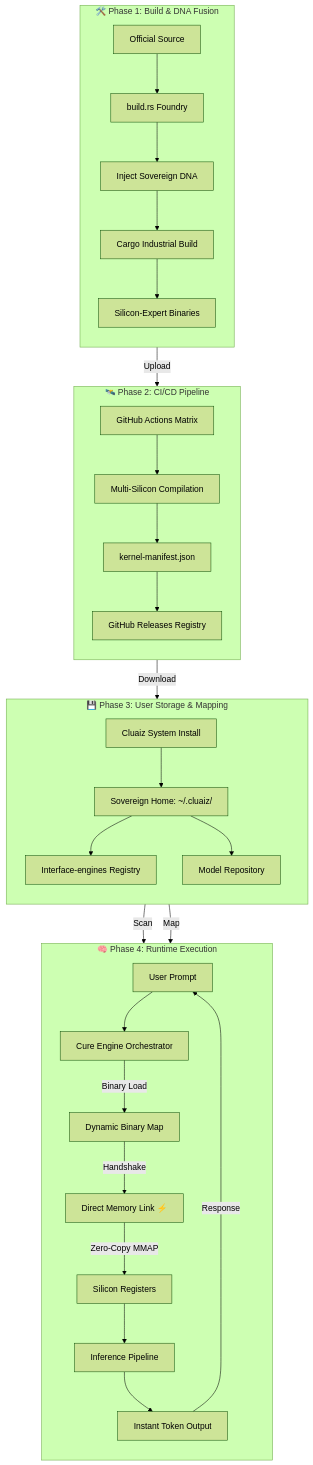
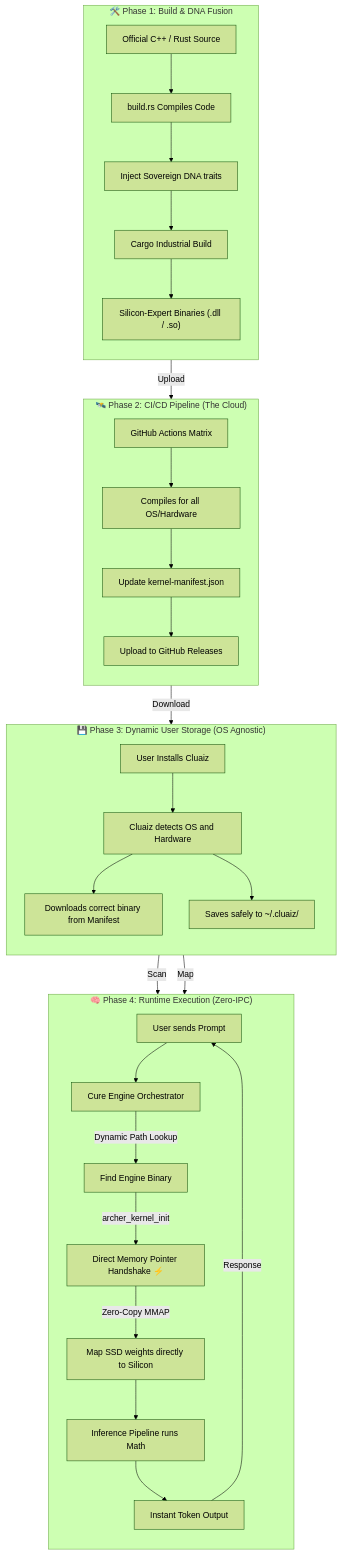
The diagram in interface-engines/README.md (ayan-kushwaha/Cluaiz-), drawn with Mermaid (forest theme) before and after one commit. The commit also changed other lines of this file and 228 other files, not shown here.

First line of the commit message:
feat: Sovereign Silicon Kernel & Archer V6 Engine Genome Hardening

````diff
--- a/interface-engines/README.md
+++ b/interface-engines/README.md
@@ -81,54 +159,54 @@
 ```mermaid
 flowchart TD
 
 %% ========================
 %% PHASE 1: THE FOUNDRY (Build)
 %% ========================
 subgraph Foundry ["🛠️ Phase 1: Build & DNA Fusion"]
     direction TB
-    B1[Official Source] --> B2[build.rs Foundry]
-    B2 --> B3[Inject Sovereign DNA]
-    B3 --> B4[Cargo Industrial Build]
-    B4 --> B5[Silicon-Expert Binaries]
+    B1["Official C++ / Rust Source"] --> B2["build.rs Compiles Code"]
+    B2 --> B3["Inject Sovereign DNA traits"]
+    B3 --> B4["Cargo Industrial Build"]
+    B4 --> B5["Silicon-Expert Binaries (.dll / .so)"]
 end
 
 %% ========================
 %% PHASE 2: THE CONDUIT (CI/CD)
 %% ========================
-subgraph CICD ["🛰️ Phase 2: CI/CD Pipeline"]
+subgraph CICD ["🛰️ Phase 2: CI/CD Pipeline (The Cloud)"]
     direction TB
-    C1[GitHub Actions Matrix] --> C2[Multi-Silicon Compilation]
-    C2 --> C3[kernel-manifest.json]
-    C3 --> C4[GitHub Releases Registry]
+    C1["GitHub Actions Matrix"] --> C2["Compiles for all OS/Hardware"]
+    C2 --> C3["Update kernel-manifest.json"]
+    C3 --> C4["Upload to GitHub Releases"]
 end
 
 %% ========================
 %% PHASE 3: THE VAULT (User Install)
 %% ========================
-subgraph Vault ["💾 Phase 3: User Storage & Mapping"]
+subgraph Vault ["💾 Phase 3: Dynamic User Storage (OS Agnostic)"]
     direction TB
-    I1[Cluaiz System Install] --> I2[Sovereign Home: ~/.cluaiz/]
-    I2 --> I3[Interface-engines Registry]
-    I2 --> I4[Model Repository]
+    I1["User Installs Cluaiz"] --> I2["Cluaiz detects OS and Hardware"]
+    I2 --> I3["Downloads correct binary from Manifest"]
+    I2 --> I4["Saves safely to ~/.cluaiz/"]
 end
 
 %% ========================
 %% PHASE 4: THE NEURAL KERNEL (Runtime)
 %% ========================
-subgraph Runtime ["🧠 Phase 4: Runtime Execution"]
+subgraph Runtime ["🧠 Phase 4: Runtime Execution (Zero-IPC)"]
     direction TB
-    U[User Prompt] --> O[Cure Engine Orchestrator]
-    O -->|Binary Load| E[Dynamic Binary Map]
-    E -->|Handshake| H[Direct Memory Link ⚡]
-    H -->|Zero-Copy MMAP| Z[Silicon Registers]
-    Z --> P[Inference Pipeline]
-    P --> T[Instant Token Output]
+    U["User sends Prompt"] --> O["Cure Engine Orchestrator"]
+    O -->|Dynamic Path Lookup| E["Find Engine Binary"]
+    E -->|archer_kernel_init| H["Direct Memory Pointer Handshake ⚡"]
+    H -->|Zero-Copy MMAP| Z["Map SSD weights directly to Silicon"]
+    Z --> P["Inference Pipeline runs Math"]
+    P --> T["Instant Token Output"]
 end
 
 %% Connections
 B5 -->|Upload| C1
 C4 -->|Download| I1
 I4 -->|Scan| O
 I3 -->|Map| E
 T -->|Response| U
 ```
````
